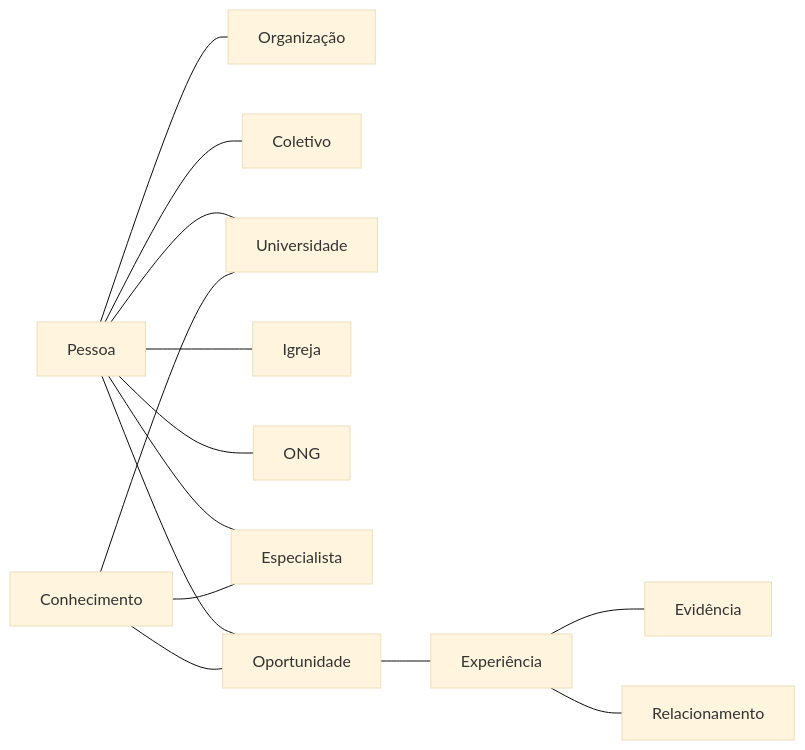
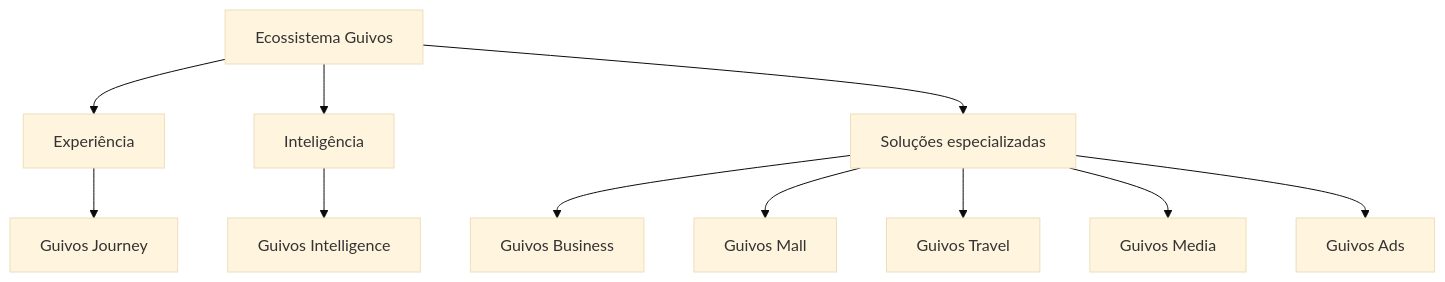
One commit to guivos-repositorio/Guivos-Knowledge-Repository changed the third of 6 diagrams in docs/public/guia-oficial-da-guivos.md. Above: the diagram before and after it, drawn with Mermaid (base theme). The commit also changed other lines of this file, not shown here.

Commit message:
docs(public): update official guide to architecture-aligned v4

````diff
--- a/docs/public/guia-oficial-da-guivos.md
+++ b/docs/public/guia-oficial-da-guivos.md
@@ -579,29 +526,17 @@
 ```mermaid
-graph LR
-    P[Pessoa]
-    ORG[Organização]
-    C[Coletivo]
-    U[Universidade]
-    I[Igreja]
-    ONG[ONG]
-    ESP[Especialista]
-    CON[Conhecimento]
-    OP[Oportunidade]
-    EX[Experiência]
-    EV[Evidência]
-    REL[Relacionamento]
+flowchart TD
+    G[Ecossistema Guivos]
 
-    P --- ORG
-    P --- C
-    P --- U
-    P --- I
-    P --- ONG
-    P --- ESP
-    P --- OP
-    OP --- EX
-    EX --- EV
-    EX --- REL
-    CON --- ESP
-    CON --- U
-    CON --- OP
+    G --> E[Experiência]
+    E --> J[Guivos Journey]
+
+    G --> I[Inteligência]
+    I --> GI[Guivos Intelligence]
+
+    G --> S[Soluções especializadas]
+    S --> B[Guivos Business]
+    S --> M[Guivos Mall]
+    S --> T[Guivos Travel]
+    S --> MD[Guivos Media]
+    S --> A[Guivos Ads]
 ```
````
